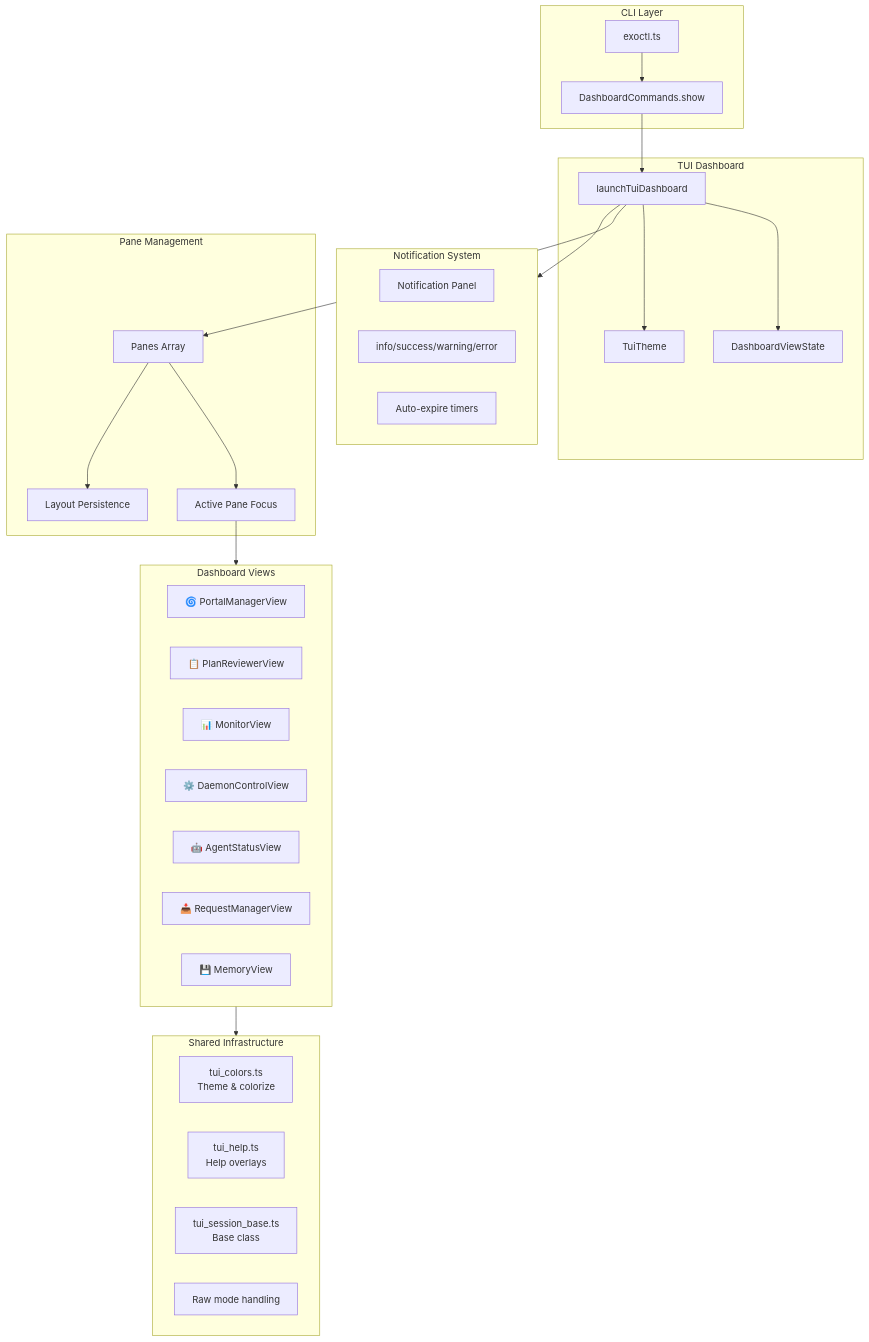
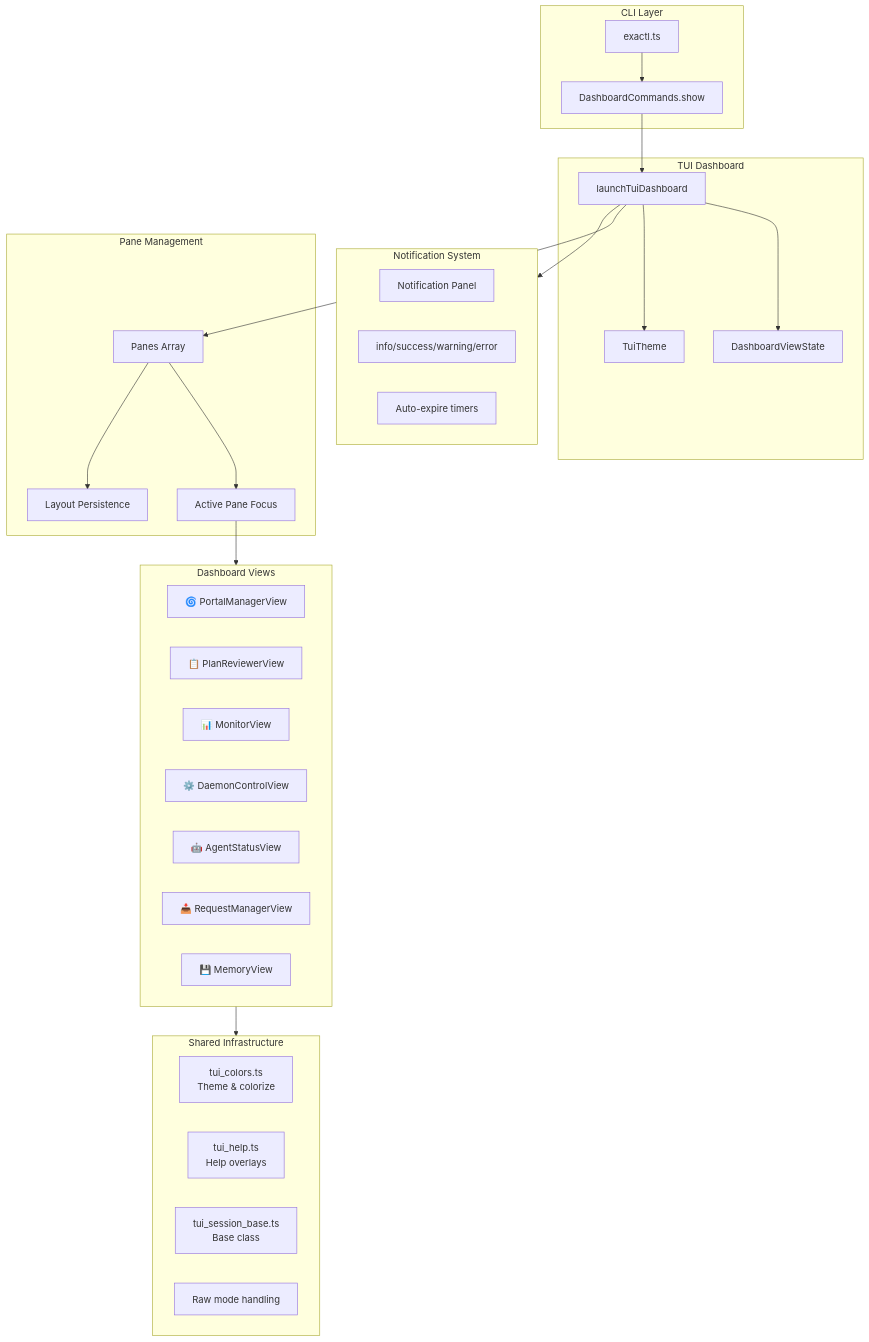
The seventh of 17 diagrams in ARCHITECTURE.md (dostark/exaix-public), drawn with Mermaid before and after one commit. The commit also changed other lines of this file and 664 other files, not shown here.

````diff
--- a/ARCHITECTURE.md
+++ b/ARCHITECTURE.md
@@ -758,52 +758,52 @@
 ```mermaid
 graph TB
     subgraph CLI[CLI Layer]
-        Exoctl[exoctl.ts]
+        Exactl[exactl.ts]
         DashCmd[DashboardCommands.show]
     end
 
     subgraph Dashboard[TUI Dashboard]
         Launch[launchTuiDashboard]
         State[DashboardViewState]
         Theme[TuiTheme]
     end
 
     subgraph Panes[Pane Management]
         PaneList[Panes Array]
         Focus[Active Pane Focus]
         Layout[Layout Persistence]
     end
 
     subgraph Views[Dashboard Views]
         Portal[🌀 PortalManagerView]
         Plan[📋 PlanReviewerView]
         Monitor[📊 MonitorView]
         Daemon[⚙️ DaemonControlView]
         Agent[🤖 AgentStatusView]
         Request[📥 RequestManagerView]
         Memory[💾 MemoryView]
     end
 
     subgraph Infrastructure[Shared Infrastructure]
         Colors[tui_colors.ts<br/>Theme & colorize]
         Help[tui_help.ts<br/>Help overlays]
         Session[tui_session_base.ts<br/>Base class]
         Raw[Raw mode handling]
     end
 
     subgraph Notifications[Notification System]
         NotifPanel[Notification Panel]
         NotifTypes[info/success/warning/error]
         AutoExpire[Auto-expire timers]
     end
 
-    Exoctl --> DashCmd --> Launch
+    Exactl --> DashCmd --> Launch
     Launch --> State
     Launch --> Theme
     Launch --> PaneList
     PaneList --> Focus
     PaneList --> Layout
     Focus --> Views
     Views --> Infrastructure
     Launch --> Notifications
 ```
````
